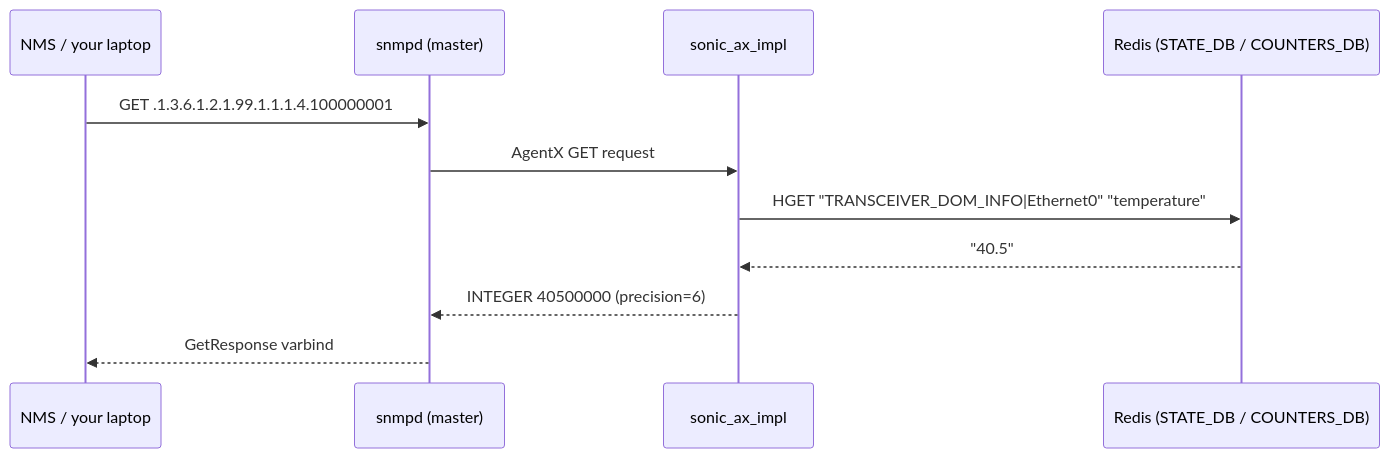
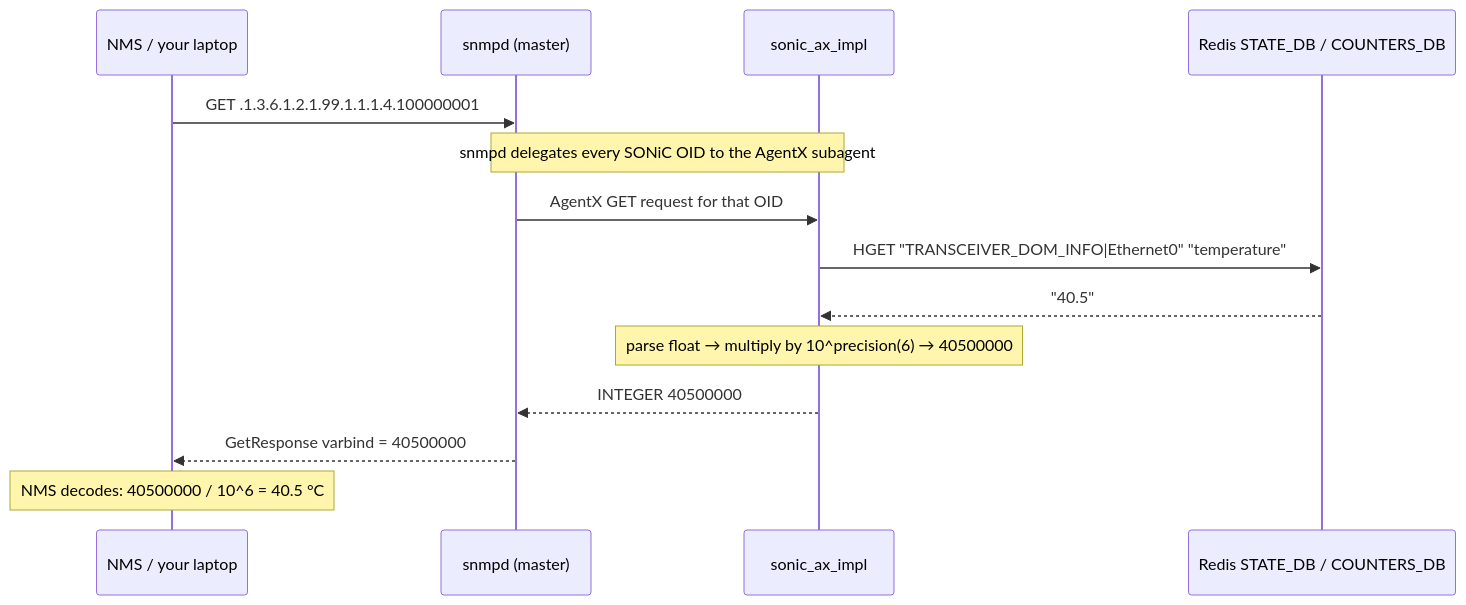
Before and after one commit to thongal-upscale/sonic-snmpagent: the second of 17 diagrams in docs/nms_compliance_gaps.md, drawn with Mermaid. The commit also changed other lines of this file, not shown here.

````diff
--- a/docs/nms_compliance_gaps.md
+++ b/docs/nms_compliance_gaps.md
@@ -68,14 +67,17 @@
 ```mermaid
 sequenceDiagram
     participant NMS  as NMS / your laptop
     participant SNMPD as snmpd (master)
     participant AX   as sonic_ax_impl
-    participant Redis as Redis (STATE_DB / COUNTERS_DB)
+    participant Redis as Redis STATE_DB / COUNTERS_DB
 
     NMS->>SNMPD: GET .1.3.6.1.2.1.99.1.1.1.4.100000001
-    SNMPD->>AX: AgentX GET request
+    Note over SNMPD,AX: snmpd delegates every SONiC OID to the AgentX subagent
+    SNMPD->>AX: AgentX GET request for that OID
     AX->>Redis: HGET "TRANSCEIVER_DOM_INFO|Ethernet0" "temperature"
     Redis-->>AX: "40.5"
-    AX-->>SNMPD: INTEGER 40500000  (precision=6)
-    SNMPD-->>NMS: GetResponse varbind
+    Note over AX: parse float → multiply by 10^precision(6) → 40500000
+    AX-->>SNMPD: INTEGER 40500000
+    SNMPD-->>NMS: GetResponse varbind = 40500000
+    Note over NMS: NMS decodes: 40500000 / 10^6 = 40.5 °C
 ```
````
